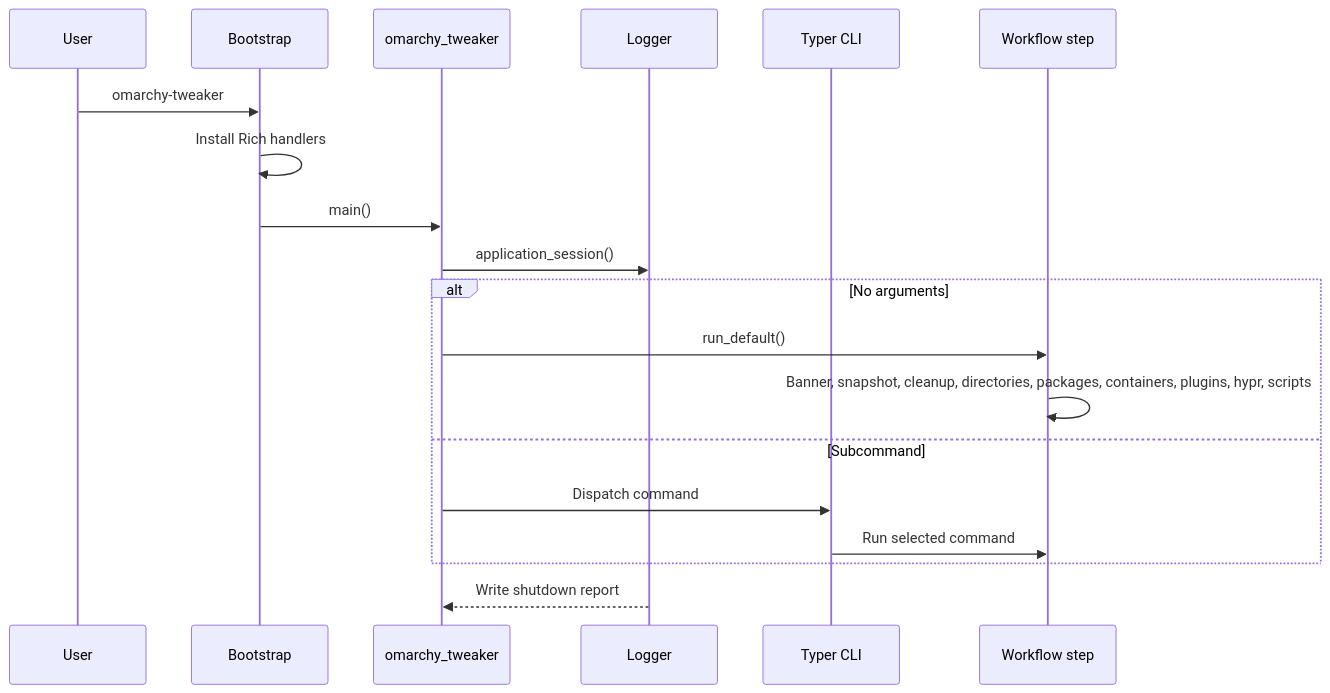
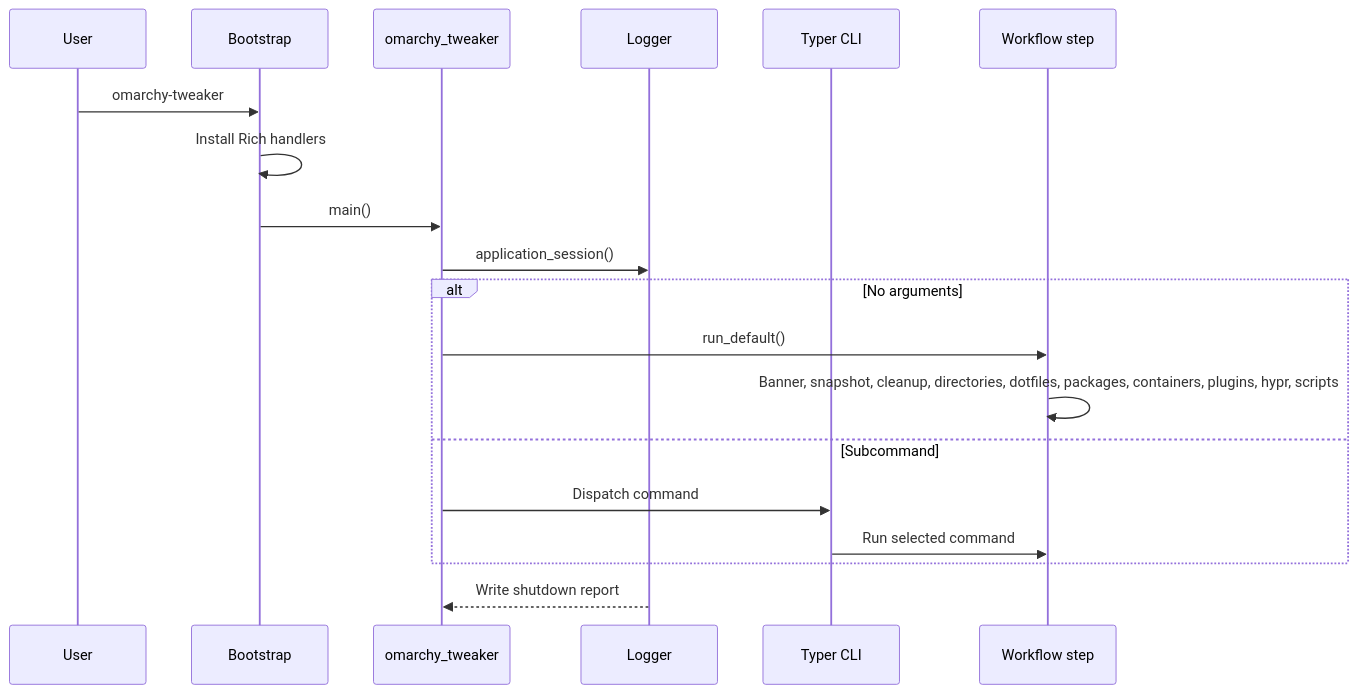
Before and after one commit to Armoghans-Organization/Omarchy-Tweaker: the second of 3 diagrams in docs/architecture.md, drawn with Mermaid. The commit also changed other lines of this file and 27 other files, not shown here.

````diff
--- a/docs/architecture.md
+++ b/docs/architecture.md
@@ -41,21 +42,21 @@
 ```mermaid
 sequenceDiagram
     participant User
     participant Bootstrap
     participant App as omarchy_tweaker
     participant Logger
     participant CLI as Typer CLI
     participant Step as Workflow step
     User->>Bootstrap: omarchy-tweaker
     Bootstrap->>Bootstrap: Install Rich handlers
     Bootstrap->>App: main()
     App->>Logger: application_session()
     alt No arguments
         App->>Step: run_default()
-        Step->>Step: Banner, snapshot, cleanup, directories, packages, containers, plugins, hypr, scripts
+        Step->>Step: Banner, snapshot, cleanup, directories, dotfiles, packages, containers, plugins, hypr, scripts
     else Subcommand
         App->>CLI: Dispatch command
         CLI->>Step: Run selected command
     end
     Logger-->>App: Write shutdown report
 ```
````
